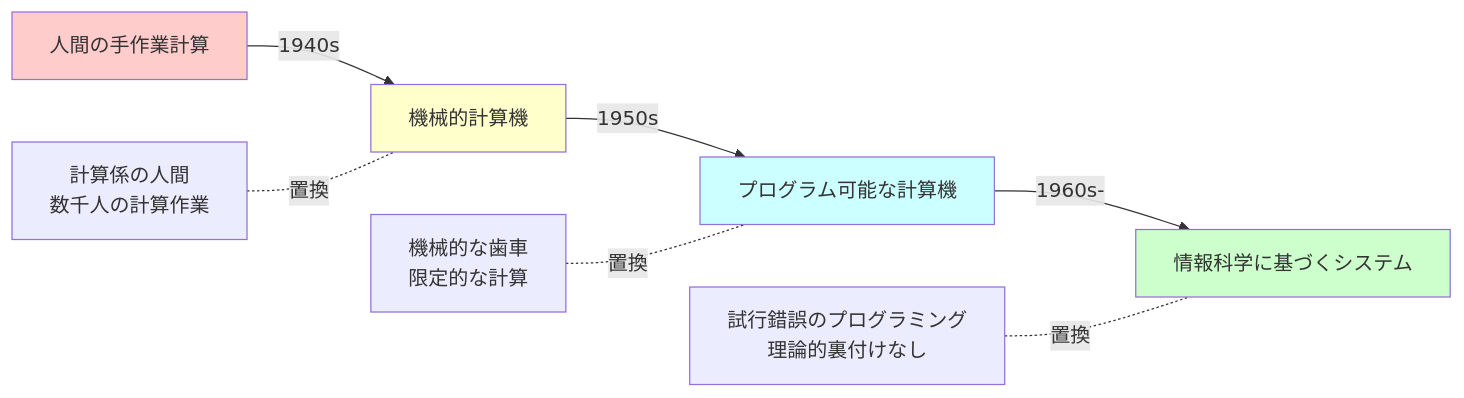
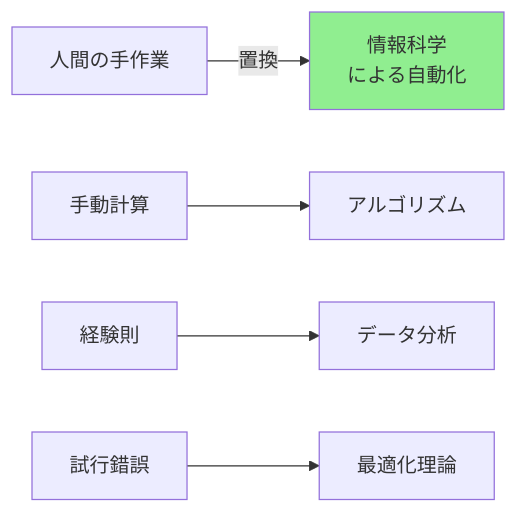
One commit to SparklingDetergent/doc_genai_mental_model changed diagram 15 of 20 in AI/BySpecialty/InformationScience/README.MD. Above: the diagram before and after it, drawn with Mermaid. The commit also changed other lines of this file, not shown here.

````diff
--- a/AI/BySpecialty/InformationScience/README.MD
+++ b/AI/BySpecialty/InformationScience/README.MD
@@ -511,15 +408,10 @@
 ```mermaid
 graph LR
-    A[人間の手作業計算] -->|1940s| B[機械的計算機]
-    B -->|1950s| C[プログラム可能な計算機]
-    C -->|1960s-| D[情報科学に基づくシステム]
+    A[人間の手作業] -->|置換| B[情報科学<br/>による自動化]
     
-    A1[計算係の人間<br/>数千人の計算作業] -.置換.- B
-    B1[機械的な歯車<br/>限定的な計算] -.置換.- C
-    C1[試行錯誤のプログラミング<br/>理論的裏付けなし] -.置換.- D
+    A1[手動計算] --> B1[アルゴリズム]
+    A2[経験則] --> B2[データ分析]
+    A3[試行錯誤] --> B3[最適化理論]
     
-    style A fill:#ffcccc
-    style B fill:#ffffcc
-    style C fill:#ccffff
-    style D fill:#ccffcc
+    style B fill:#90EE90
 ```
````
